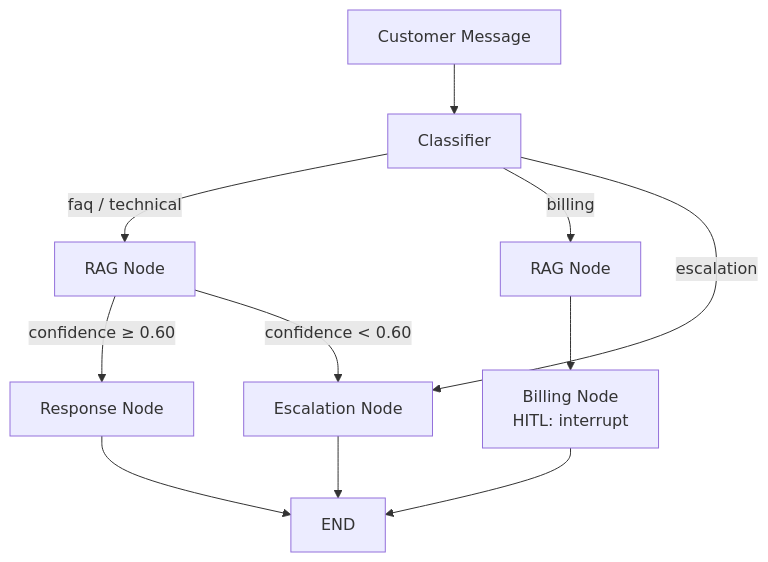
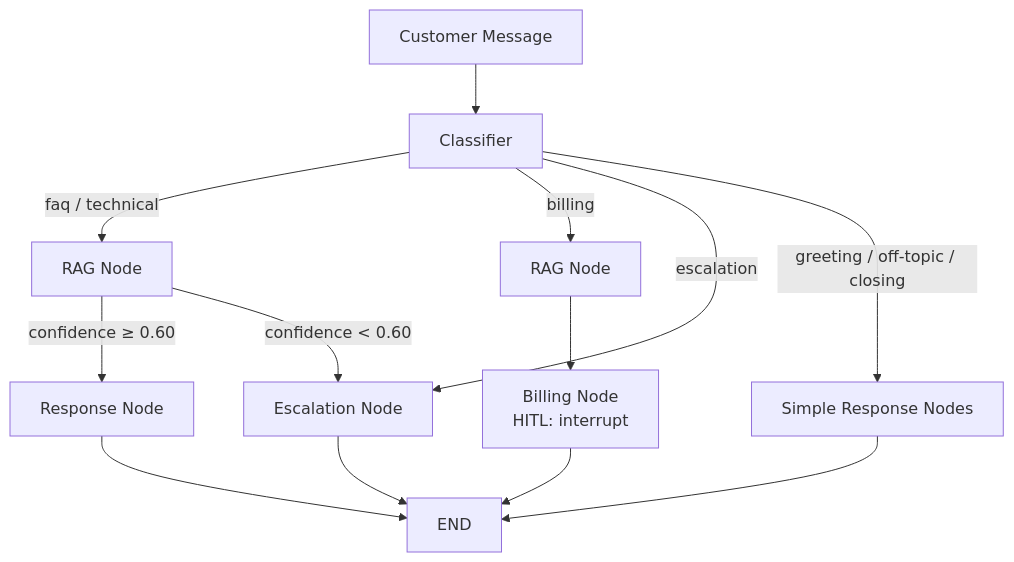
One commit to octavian115/customer-support-agent changed the diagram in README.md. Above: the diagram before and after it, drawn with Mermaid. The commit also changed other lines of this file, not shown here.

````diff
--- a/README.md
+++ b/README.md
@@ -9,16 +9,18 @@
 ```mermaid
 flowchart TD
     A[Customer Message] --> B[Classifier]
     B -->|faq / technical| C[RAG Node]
     B -->|billing| D[RAG Node]
     B -->|escalation| E[Escalation Node]
+    B -->|greeting / off-topic / closing| F[Simple Response Nodes]
 
-    C -->|confidence ≥ 0.60| F[Response Node]
+    C -->|confidence ≥ 0.60| G[Response Node]
     C -->|confidence < 0.60| E
 
-    D --> G[Billing Node\nHITL: interrupt]
+    D --> H[Billing Node\nHITL: interrupt]
 
-    F --> H[END]
-    G --> H
-    E --> H
+    G --> I[END]
+    H --> I
+    E --> I
+    F --> I
 ```
````
